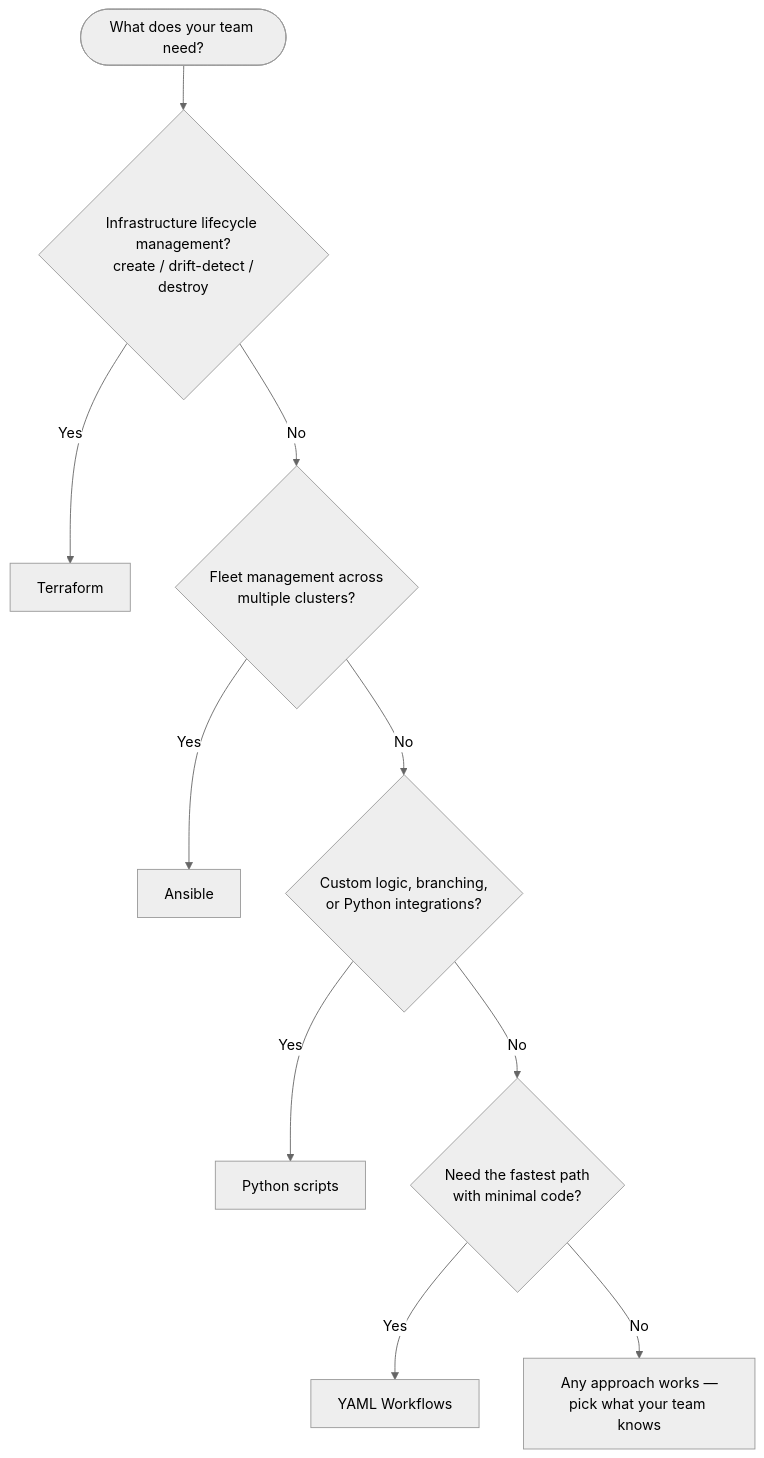
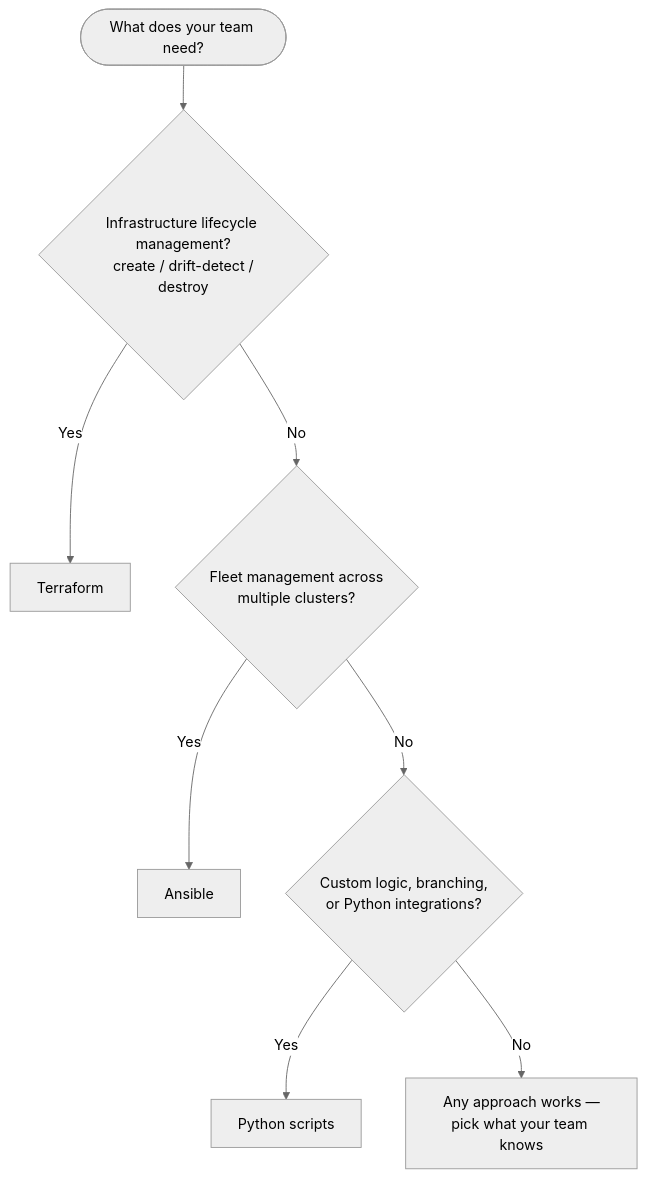
The diagram in docs/choosing-an-approach.md (NetApp/pace), drawn with Mermaid (neutral theme) before and after one commit. The commit also changed other lines of this file and 77 other files, not shown here.

Commit message:
Remove yaml workflows

````diff
--- a/docs/choosing-an-approach.md
+++ b/docs/choosing-an-approach.md
@@ -12,12 +12,10 @@
 ```mermaid
 flowchart TD
     Start([What does your team need?]) --> Q1{Infrastructure lifecycle management?\n create / drift-detect / destroy}
     Q1 -->|Yes| Terraform[Terraform]
     Q1 -->|No| Q2{Fleet management across\nmultiple clusters?}
     Q2 -->|Yes| Ansible[Ansible]
     Q2 -->|No| Q3{Custom logic, branching,\nor Python integrations?}
     Q3 -->|Yes| Python[Python scripts]
-    Q3 -->|No| Q4{Need the fastest path\nwith minimal code?}
-    Q4 -->|Yes| YAML[YAML Workflows]
-    Q4 -->|No| Any[Any approach works —\npick what your team knows]
+    Q3 -->|No| Any[Any approach works —\npick what your team knows]
 ```
````
